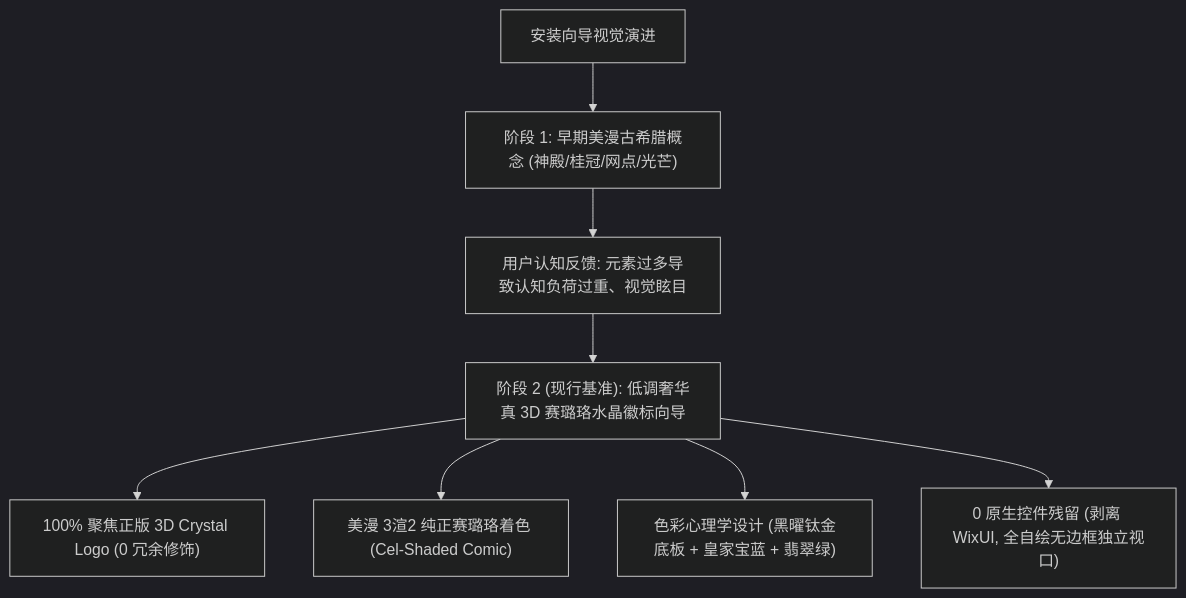
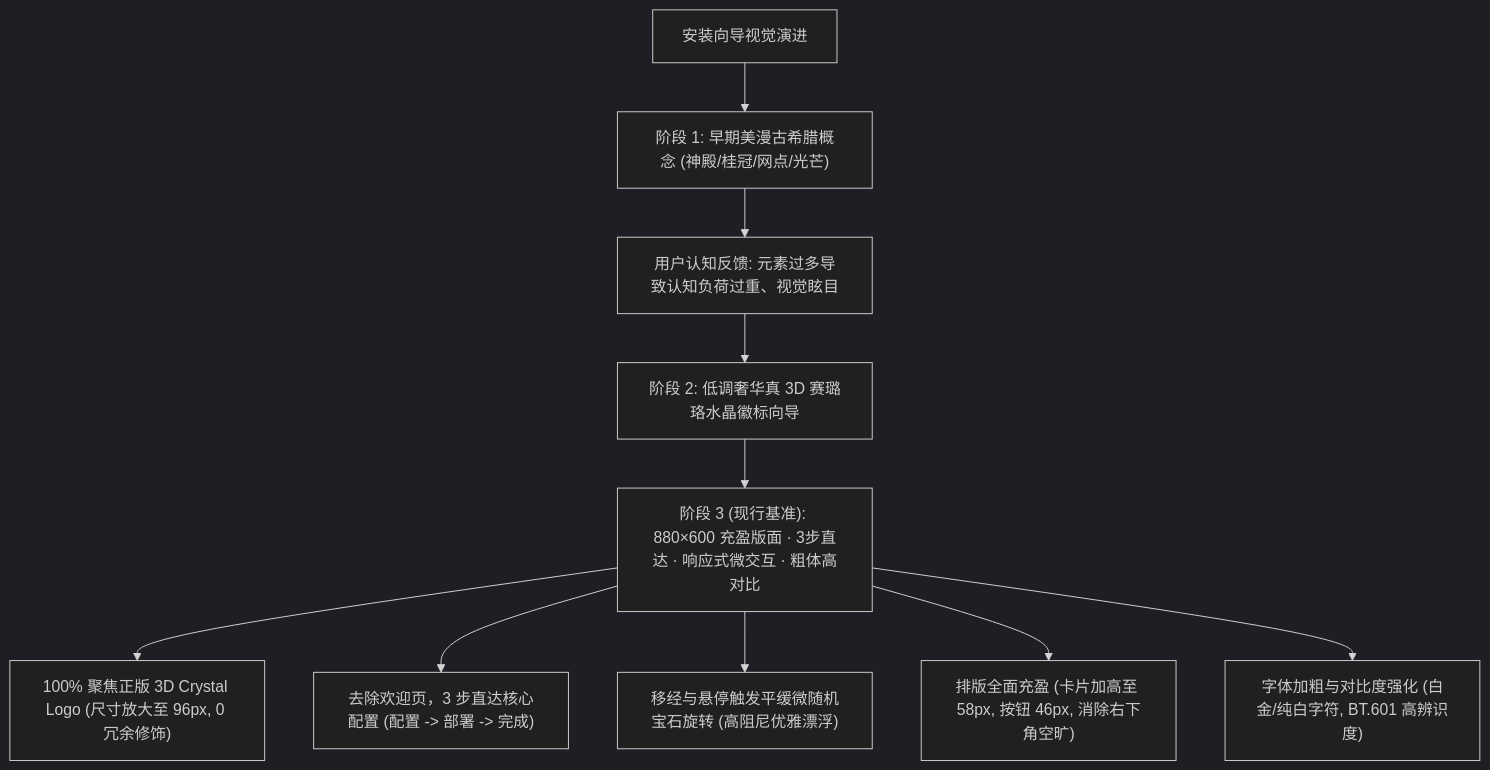
The diagram in docs/01_基本设计/BD-003_3D-CelShaded-Greek-Installer-Design.md (UlyssesLeoLee/IDE1.0), drawn with Mermaid (dark theme) before and after one commit. The commit also changed other lines of this file and 16 other files, not shown here.

````diff
--- a/docs/01_基本设计/BD-003_3D-CelShaded-Greek-Installer-Design.md
+++ b/docs/01_基本设计/BD-003_3D-CelShaded-Greek-Installer-Design.md
@@ -18,11 +18,13 @@
 ```mermaid
 graph TD
     A["安装向导视觉演进"] --> B["阶段 1: 早期美漫古希腊概念 (神殿/桂冠/网点/光芒)"]
     B --> C["用户认知反馈: 元素过多导致认知负荷过重、视觉眩目"]
-    C --> D["阶段 2 (现行基准): 低调奢华真 3D 赛璐珞水晶徽标向导"]
+    C --> D["阶段 2: 低调奢华真 3D 赛璐珞水晶徽标向导"]
+    D --> E["阶段 3 (现行基准): 880×600 充盈版面 · 3步直达 · 响应式微交互 · 粗体高对比"]
     
-    D --> D1["100% 聚焦正版 3D Crystal Logo (0 冗余修饰)"]
-    D --> D2["美漫 3渲2 纯正赛璐珞着色 (Cel-Shaded Comic)"]
-    D --> D3["色彩心理学设计 (黑曜钛金底板 + 皇家宝蓝 + 翡翠绿)"]
-    D --> D4["0 原生控件残留 (剥离 WixUI, 全自绘无边框独立视口)"]
+    E --> E1["100% 聚焦正版 3D Crystal Logo (尺寸放大至 96px, 0 冗余修饰)"]
+    E --> E2["去除欢迎页，3 步直达核心配置 (配置 -> 部署 -> 完成)"]
+    E --> E3["移经与悬停触发平缓微随机宝石旋转 (高阻尼优雅漂浮)"]
+    E --> E4["排版全面充盈 (卡片加高至 58px, 按钮 46px, 消除右下角空旷)"]
+    E --> E5["字体加粗与对比度强化 (白金/纯白字符, BT.601 高辨识度)"]
 ```
````
